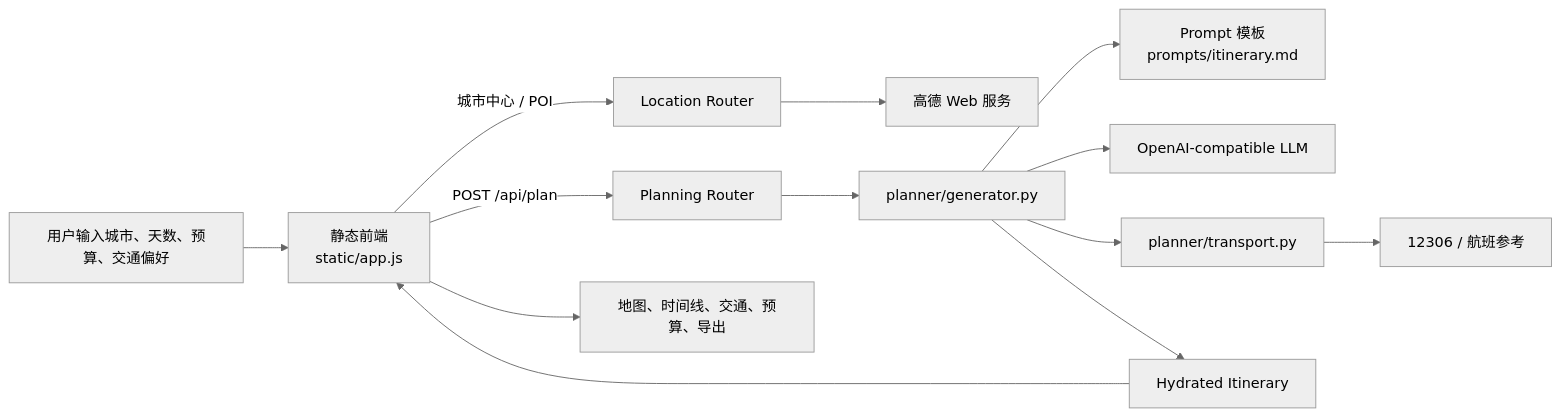
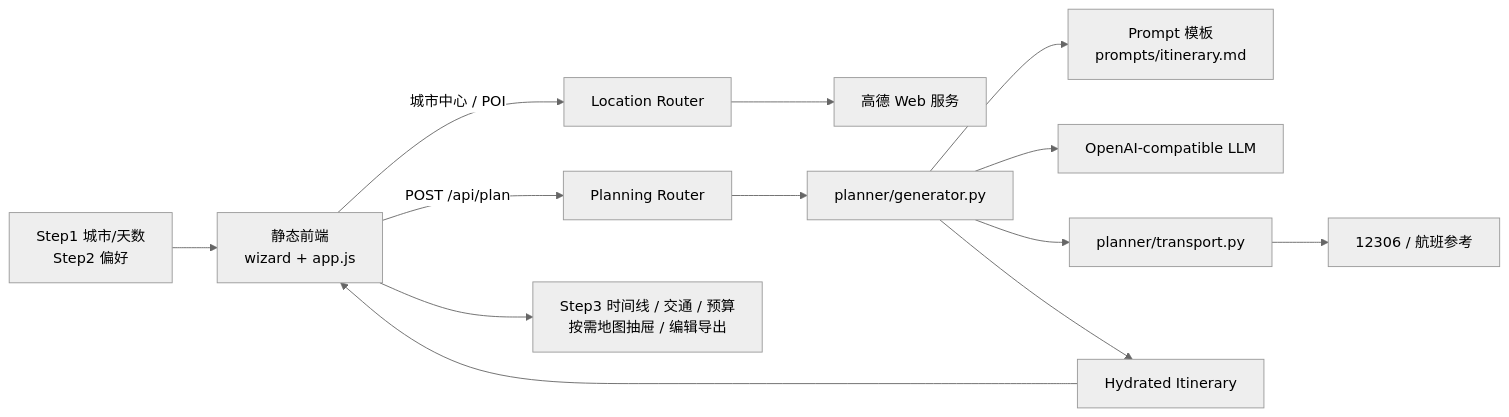
One commit to suiyi117/ai-travel-planner changed the first of 2 diagrams in README.md. Above: the diagram before and after it, drawn with Mermaid (neutral theme). The commit also changed other lines of this file, not shown here.

First line of the commit message:
docs: update README for wizard shell and editable planning

````diff
--- a/README.md
+++ b/README.md
@@ -26,15 +37,15 @@
 ```mermaid
 flowchart LR
-  U["用户输入城市、天数、预算、交通偏好"] --> F["静态前端<br/>static/app.js"]
+  U["Step1 城市/天数<br/>Step2 偏好"] --> F["静态前端<br/>wizard + app.js"]
   F -->|"城市中心 / POI"| L["Location Router"]
   L --> A["高德 Web 服务"]
   F -->|"POST /api/plan"| P["Planning Router"]
   P --> G["planner/generator.py"]
   G --> PR["Prompt 模板<br/>prompts/itinerary.md"]
   G --> AI["OpenAI-compatible LLM"]
   G --> T["planner/transport.py"]
   T --> R["12306 / 航班参考"]
   G --> H["Hydrated Itinerary"]
   H --> F
-  F --> M["地图、时间线、交通、预算、导出"]
+  F --> M["Step3 时间线 / 交通 / 预算<br/>按需地图抽屉 / 编辑导出"]
 ```
````
